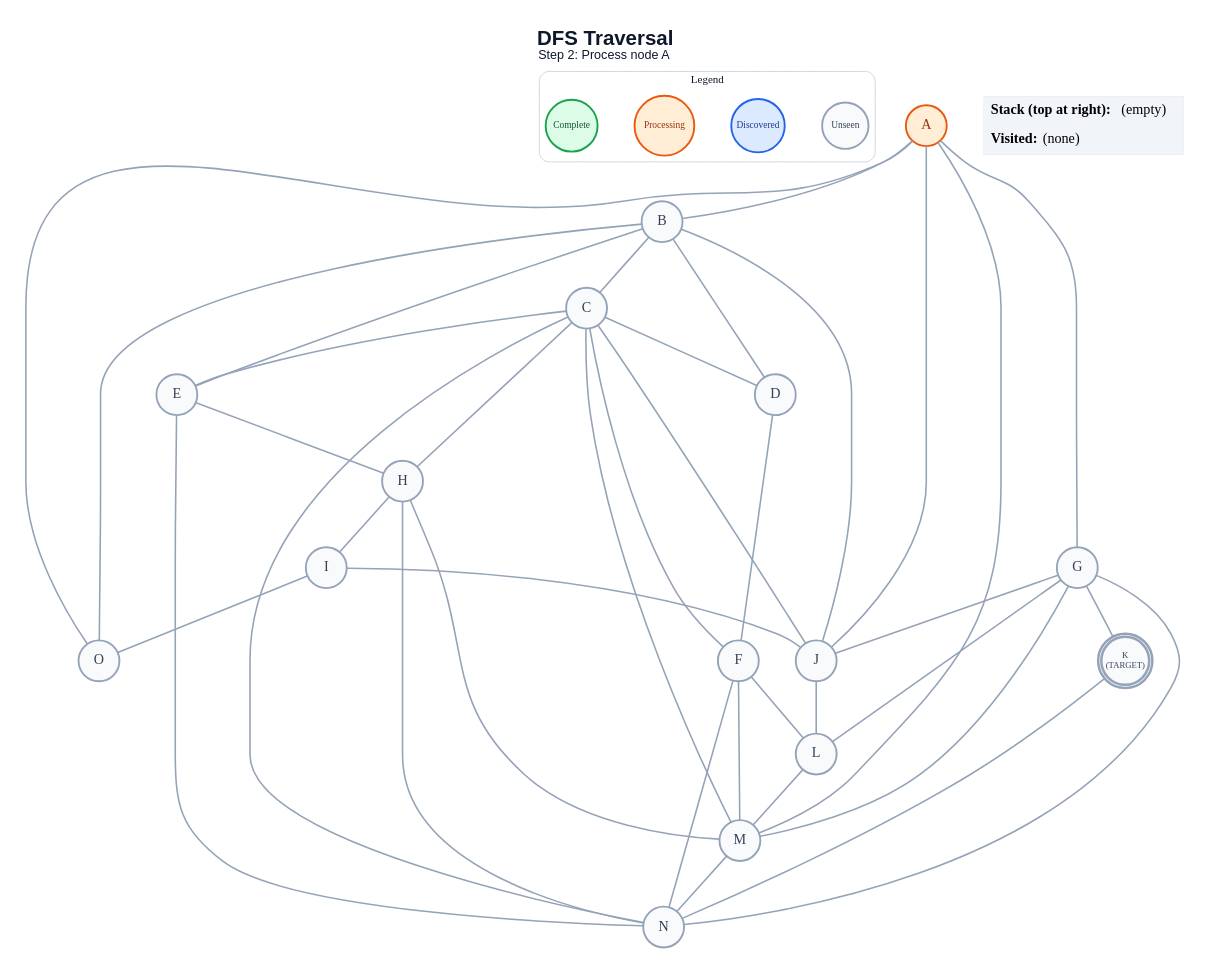
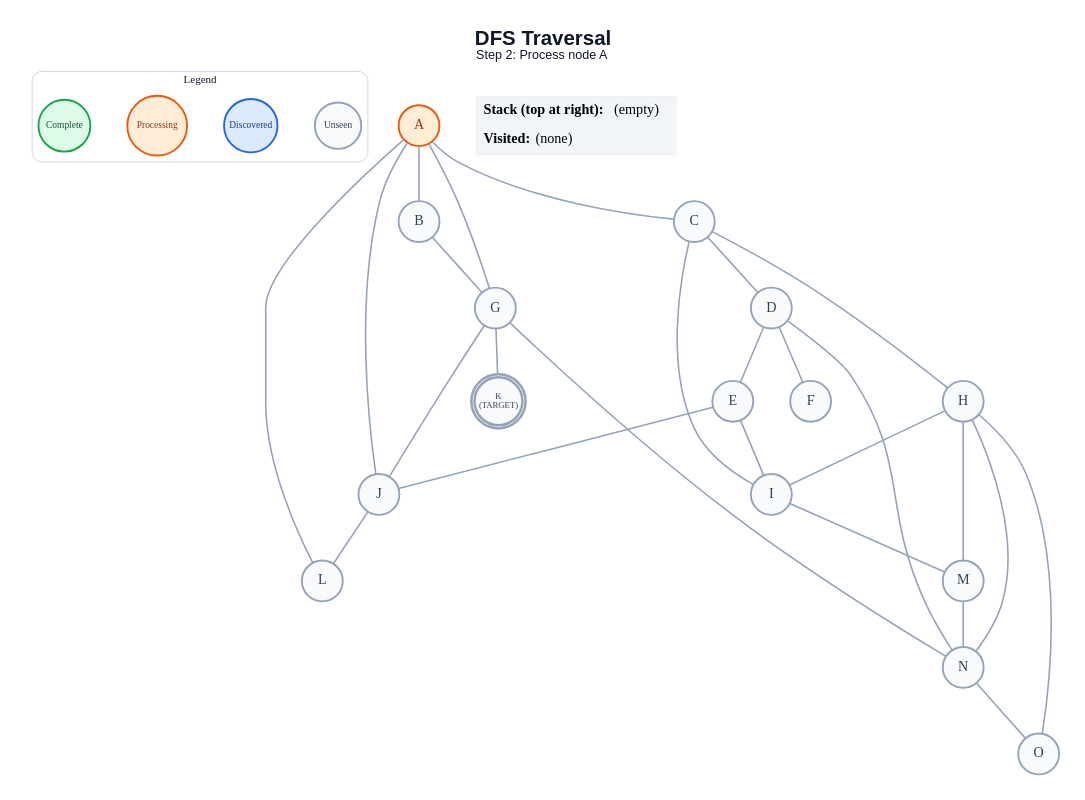
The diagram in generated/dfs/step_02.dot (anon7238593-create/ai-slop), drawn with Graphviz before and after one commit. The commit also changed 286 other files, not shown here.

```diff
--- a/generated/dfs/step_02.dot
+++ b/generated/dfs/step_02.dot
@@ -1,71 +1,59 @@
 graph traversal {
   graph [layout=dot, rankdir=TB, bgcolor="#FFFFFF", pad="0.35", nodesep="0.65", ranksep="0.8", fontname="Arial"];
   node [shape=circle, style="filled", fontname="Arial Bold", fontsize=18, width=0.72, fixedsize=true, penwidth=2.4];
   edge [color="#94A3B8", penwidth=2.0];
   label=<<B>DFS Traversal</B><BR/><FONT POINT-SIZE="16">Step 2: Process node A</FONT>>; labelloc="t"; fontsize=26; fontname="Arial"; fontcolor="#0F172A";
   subgraph cluster_legend { label="Legend"; color="#CBD5E1"; penwidth=1.2; style="rounded"; fontsize=14; fontname="Arial Bold";
     key_unseen [label="Unseen", fillcolor="#F8FAFC", color="#94A3B8", fontcolor="#334155", fontsize=12, width=0.82];
     key_frontier [label="Discovered", fillcolor="#DBEAFE", color="#2563EB", fontcolor="#1E3A8A", fontsize=12, width=0.95];
     key_current [label="Processing", fillcolor="#FFEDD5", color="#EA580C", fontcolor="#9A3412", fontsize=12, width=1.05];
     key_done [label="Complete", fillcolor="#DCFCE7", color="#16A34A", fontcolor="#14532D", fontsize=12, width=0.92];
     { rank=same; key_unseen; key_frontier; key_current; key_done; }
   }
   A [label="A", fillcolor="#FFEDD5", color="#EA580C", fontcolor="#9A3412", peripheries=1, penwidth=2.4];
   B [label="B", fillcolor="#F8FAFC", color="#94A3B8", fontcolor="#334155", peripheries=1, penwidth=2.4];
   C [label="C", fillcolor="#F8FAFC", color="#94A3B8", fontcolor="#334155", peripheries=1, penwidth=2.4];
   D [label="D", fillcolor="#F8FAFC", color="#94A3B8", fontcolor="#334155", peripheries=1, penwidth=2.4];
   E [label="E", fillcolor="#F8FAFC", color="#94A3B8", fontcolor="#334155", peripheries=1, penwidth=2.4];
   F [label="F", fillcolor="#F8FAFC", color="#94A3B8", fontcolor="#334155", peripheries=1, penwidth=2.4];
   G [label="G", fillcolor="#F8FAFC", color="#94A3B8", fontcolor="#334155", peripheries=1, penwidth=2.4];
   H [label="H", fillcolor="#F8FAFC", color="#94A3B8", fontcolor="#334155", peripheries=1, penwidth=2.4];
   I [label="I", fillcolor="#F8FAFC", color="#94A3B8", fontcolor="#334155", peripheries=1, penwidth=2.4];
   J [label="J", fillcolor="#F8FAFC", color="#94A3B8", fontcolor="#334155", peripheries=1, penwidth=2.4];
   K [label="K\n(TARGET)", fillcolor="#F8FAFC", color="#94A3B8", fontcolor="#334155", peripheries=2, penwidth=3.2, fontsize=11, width=0.85, height=0.85];
   L [label="L", fillcolor="#F8FAFC", color="#94A3B8", fontcolor="#334155", peripheries=1, penwidth=2.4];
   M [label="M", fillcolor="#F8FAFC", color="#94A3B8", fontcolor="#334155", peripheries=1, penwidth=2.4];
   N [label="N", fillcolor="#F8FAFC", color="#94A3B8", fontcolor="#334155", peripheries=1, penwidth=2.4];
   O [label="O", fillcolor="#F8FAFC", color="#94A3B8", fontcolor="#334155", peripheries=1, penwidth=2.4];
   A -- B;
+  A -- C;
   A -- G;
   A -- J;
-  A -- M;
-  A -- O;
-  B -- C;
-  B -- D;
-  B -- E;
-  B -- J;
-  B -- O;
+  A -- L;
+  B -- G;
   C -- D;
-  C -- E;
-  C -- F;
   C -- H;
-  C -- J;
-  C -- M;
-  C -- N;
+  C -- I;
+  D -- E;
   D -- F;
-  E -- H;
-  E -- N;
-  F -- L;
-  F -- M;
-  F -- N;
+  D -- N;
+  E -- I;
+  E -- J;
   G -- J;
   G -- K;
-  G -- L;
-  G -- M;
   G -- N;
   H -- I;
   H -- M;
   H -- N;
-  I -- J;
-  I -- O;
+  H -- O;
+  I -- M;
   J -- L;
-  K -- N;
-  L -- M;
   M -- N;
+  N -- O;
   status [shape=plain, fixedsize=false, width=0, height=0, margin=0, label=<
     <TABLE BORDER="0" CELLBORDER="0" CELLPADDING="7" BGCOLOR="#F1F5F9">
       <TR><TD ALIGN="LEFT"><B>Stack (top at right):</B> (empty)</TD></TR>
       <TR><TD ALIGN="LEFT"><B>Visited:</B> (none)</TD></TR>
     </TABLE>
   >];
 }
```
